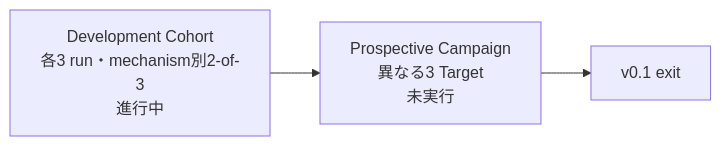
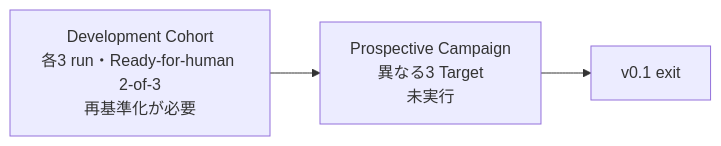
One commit to momoponwork1415-lgtm/wordpress-harness changed the second of 4 diagrams in docs/CODEBASE-GUIDE.md. Above: the diagram before and after it, drawn with Mermaid. The commit also changed other lines of this file and 25 other files, not shown here.

````diff
--- a/docs/CODEBASE-GUIDE.md
+++ b/docs/CODEBASE-GUIDE.md
@@ -40,8 +40,8 @@
 ```mermaid
 flowchart LR
-    cohort["Development Cohort<br/>各3 run・mechanism別2-of-3<br/>進行中"]
+    cohort["Development Cohort<br/>各3 run・Ready-for-human 2-of-3<br/>再基準化が必要"]
     prospective["Prospective Campaign<br/>異なる3 Target<br/>未実行"]
     v01["v0.1 exit"]
 
     cohort --> prospective --> v01
 ```
````
